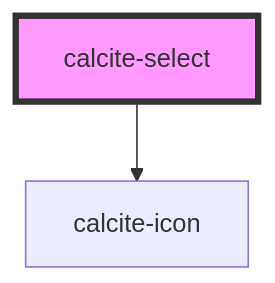
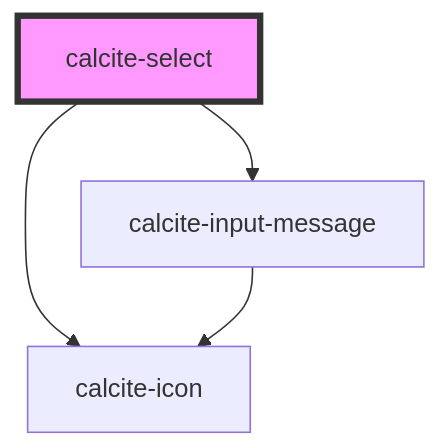
The diagram in packages/calcite-components/src/components/select/readme.md (vikivakarvc/calcite-design-system), drawn with Mermaid before and after one commit. The commit also changed other lines of this file and 64 other files, not shown here.

````diff
--- a/packages/calcite-components/src/components/select/readme.md
+++ b/packages/calcite-components/src/components/select/readme.md
@@ -157,5 +168,7 @@
 ```mermaid
 graph TD;
   calcite-select --> calcite-icon
+  calcite-select --> calcite-input-message
+  calcite-input-message --> calcite-icon
   style calcite-select fill:#f9f,stroke:#333,stroke-width:4px
 ```
````
